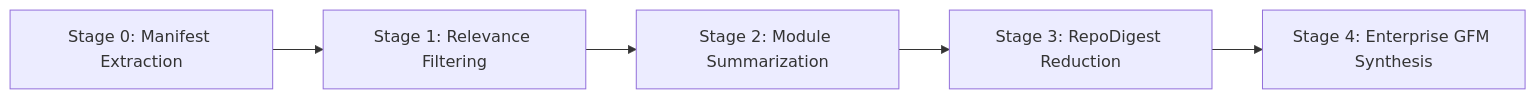
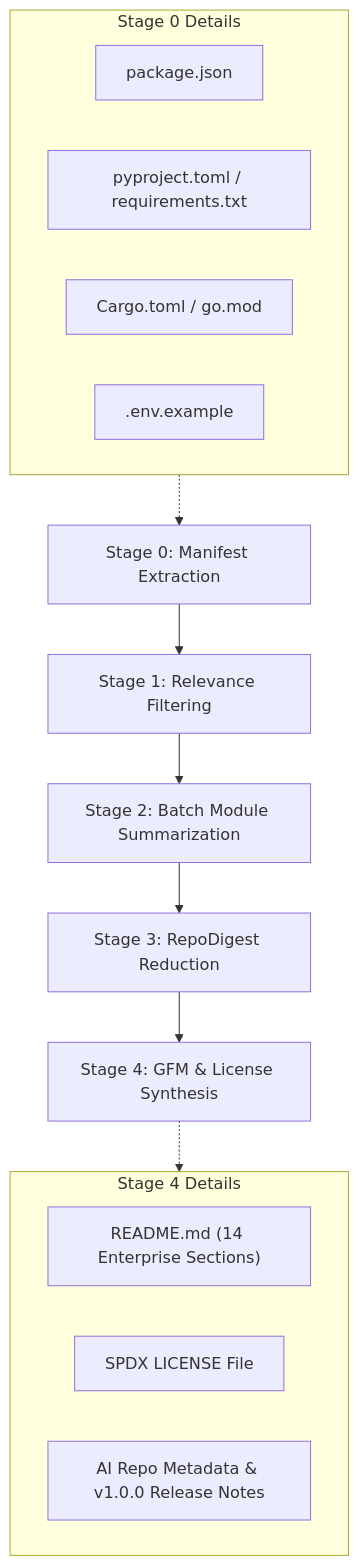
Before and after one commit to Bavly-Hamdy/ReadmeForge: the second of 3 diagrams in README.md, drawn with Mermaid. The commit also changed other lines of this file, not shown here.

Commit message:
docs: expand README.md into ultra-comprehensive technical documentation with ERD, sequence diagrams, and full API specs

````diff
--- a/README.md
+++ b/README.md
@@ -124,7 +192,23 @@
 ```mermaid
-flowchart LR
+flowchart TD
     S0["Stage 0: Manifest Extraction"] --> S1["Stage 1: Relevance Filtering"]
-    S1 --> S2["Stage 2: Module Summarization"]
+    S1 --> S2["Stage 2: Batch Module Summarization"]
     S2 --> S3["Stage 3: RepoDigest Reduction"]
-    S3 --> S4["Stage 4: Enterprise GFM Synthesis"]
+    S3 --> S4["Stage 4: GFM & License Synthesis"]
+
+    subgraph S0_Details["Stage 0 Details"]
+        M1["package.json"]
+        M2["pyproject.toml / requirements.txt"]
+        M3["Cargo.toml / go.mod"]
+        M4[".env.example"]
+    end
+
+    subgraph S4_Details["Stage 4 Details"]
+        O1["README.md (14 Enterprise Sections)"]
+        O2["SPDX LICENSE File"]
+        O3["AI Repo Metadata & v1.0.0 Release Notes"]
+    end
+
+    S0_Details -.-> S0
+    S4 -.-> S4_Details
 ```
````
